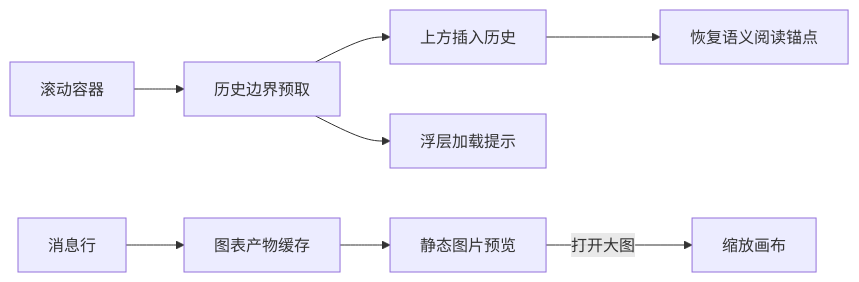
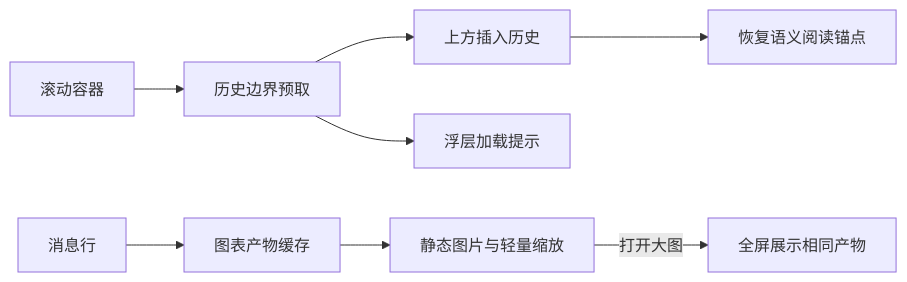
One commit to wecode-ai/Wegent changed the diagram in docs/zh/wework/developer-guide/wework-chat-state-sources.md. Above: the diagram before and after it, drawn with Mermaid. The commit also changed other lines of this file and 3 other files, not shown here.

Commit message:
fix(collaboration): support frontend compilation target for diagram CSS

````diff
--- a/docs/zh/wework/developer-guide/wework-chat-state-sources.md
+++ b/docs/zh/wework/developer-guide/wework-chat-state-sources.md
@@ -61,10 +61,10 @@
 ```mermaid
 flowchart LR
   A[滚动容器] --> B[历史边界预取]
   B --> C[上方插入历史]
   C --> D[恢复语义阅读锚点]
   B --> E[浮层加载提示]
   F[消息行] --> G[图表产物缓存]
-  G --> H[静态图片预览]
-  H -->|打开大图| I[缩放画布]
+  G --> H[静态图片与轻量缩放]
+  H -->|打开大图| I[全屏展示相同产物]
 ```
````
